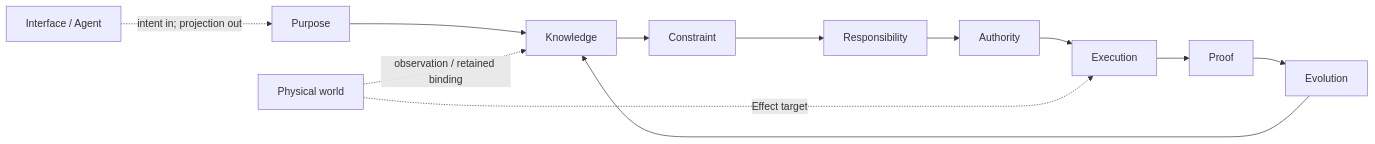
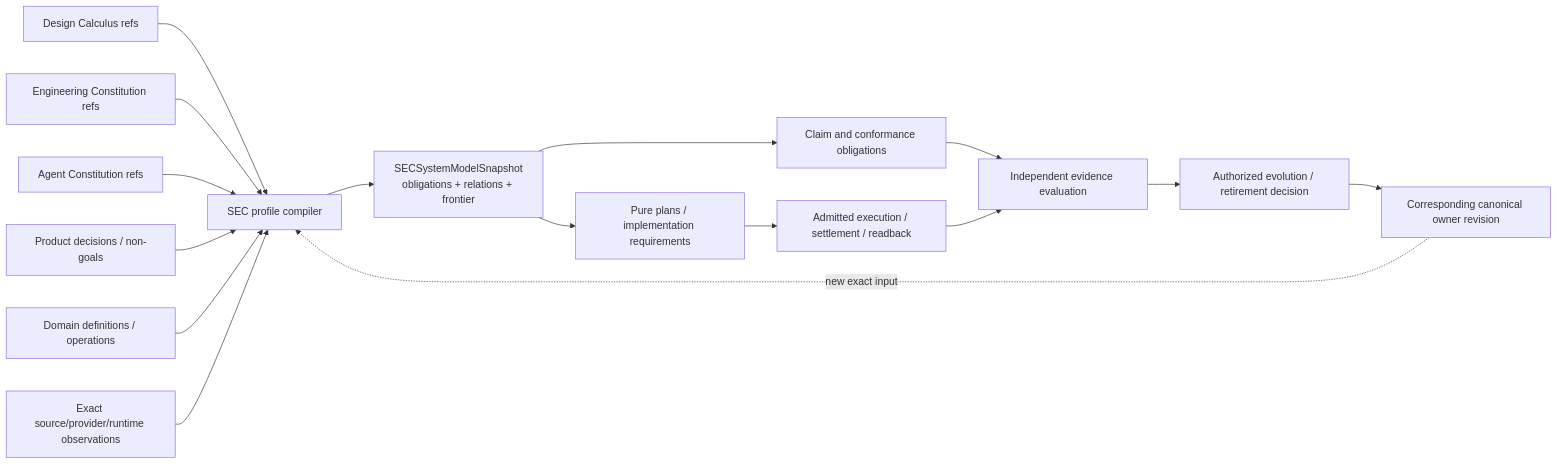
The first of 7 diagrams in docs/system-architecture.md (sec-platform/sec), drawn with Mermaid before and after one commit. The commit also changed other lines of this file and 14 other files, not shown here.

Commit message:
docs: close semantic architecture design

````diff
--- a/docs/system-architecture.md
+++ b/docs/system-architecture.md
@@ -15,14 +15,18 @@
 ```mermaid
 flowchart LR
-  P[Purpose] --> K[Knowledge]
-  K --> C[Constraint]
-  C --> R[Responsibility]
-  R --> A[Authority]
-  A --> X[Execution]
-  X --> V[Proof]
-  V --> E[Evolution]
-  E --> K
-  I[Interface / Agent] -. intent in; projection out .-> P
-  M[Physical world] -. observation / retained binding .-> K
-  M -. Effect target .-> X
+  DC[Design Calculus refs] --> PC[SEC profile compiler]
+  EC[Engineering Constitution refs] --> PC
+  AC[Agent Constitution refs] --> PC
+  PD[Product decisions / non-goals] --> PC
+  DD[Domain definitions / operations] --> PC
+  OB[Exact source/provider/runtime observations] --> PC
+  PC --> SM[SECSystemModelSnapshot<br/>obligations + relations + frontier]
+  SM --> OP[Pure plans / implementation requirements]
+  SM --> CL[Claim and conformance obligations]
+  OP --> EX[Admitted execution / settlement / readback]
+  CL --> VE[Independent evidence evaluation]
+  EX --> VE
+  VE --> EV[Authorized evolution / retirement decision]
+  EV --> NR[Corresponding canonical owner revision]
+  NR -. new exact input .-> PC
 ```
````
